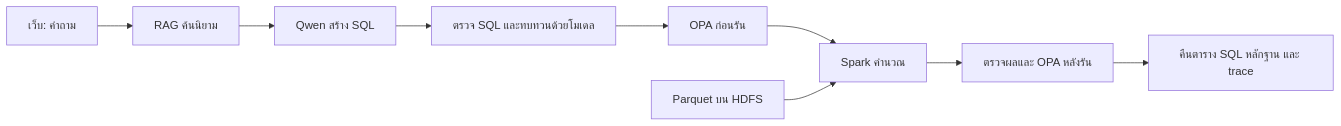
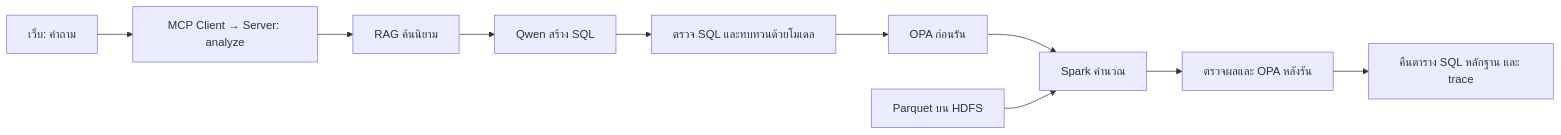
Before and after one commit to NATTAPAT-LEUNGRUNGSAP/customer-intelligence-agent-spark-hdfs: the diagram in reports/ARCHITECTURE.md, drawn with Mermaid. The commit also changed other lines of this file and 9 other files, not shown here.

````diff
--- a/reports/ARCHITECTURE.md
+++ b/reports/ARCHITECTURE.md
@@ -5,11 +5,12 @@
 ```mermaid
 flowchart LR
-    UI["เว็บ: คำถาม"] --> RAG["RAG ค้นนิยาม"]
+    UI["เว็บ: คำถาม"] --> MCP["MCP Client → Server: analyze"]
+    MCP --> RAG["RAG ค้นนิยาม"]
     RAG --> Q["Qwen สร้าง SQL"]
     Q --> G["ตรวจ SQL และทบทวนด้วยโมเดล"]
     G --> P["OPA ก่อนรัน"]
     P --> S["Spark คำนวณ"]
     H["Parquet บน HDFS"] --> S
     S --> R["ตรวจผลและ OPA หลังรัน"]
     R --> T["คืนตาราง SQL หลักฐาน และ trace"]
 ```
````
